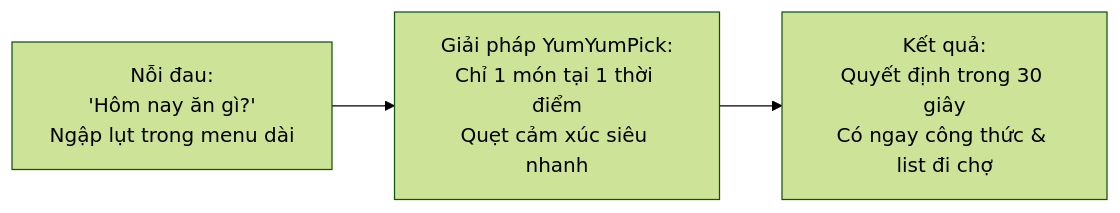
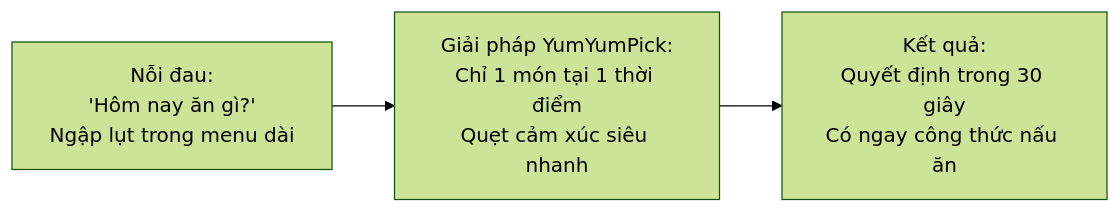
Before and after one commit to snowwminhduc1212/YumYumPick: the first of 3 diagrams in docs/00_PROJECT_OVERVIEW.md, drawn with Mermaid (forest theme). The commit also changed other lines of this file and 9 other files, not shown here.

````diff
--- a/docs/00_PROJECT_OVERVIEW.md
+++ b/docs/00_PROJECT_OVERVIEW.md
@@ -29,5 +29,5 @@
 ```mermaid
 flowchart LR
     Problem["Nỗi đau:\n'Hôm nay ăn gì?'\nNgập lụt trong menu dài"] --> Solution["Giải pháp YumYumPick:\nChỉ 1 món tại 1 thời điểm\nQuẹt cảm xúc siêu nhanh"]
-    Solution --> Outcome["Kết quả:\nQuyết định trong 30 giây\nCó ngay công thức & list đi chợ"]
+    Solution --> Outcome["Kết quả:\nQuyết định trong 30 giây\nCó ngay công thức nấu ăn"]
 ```
````
